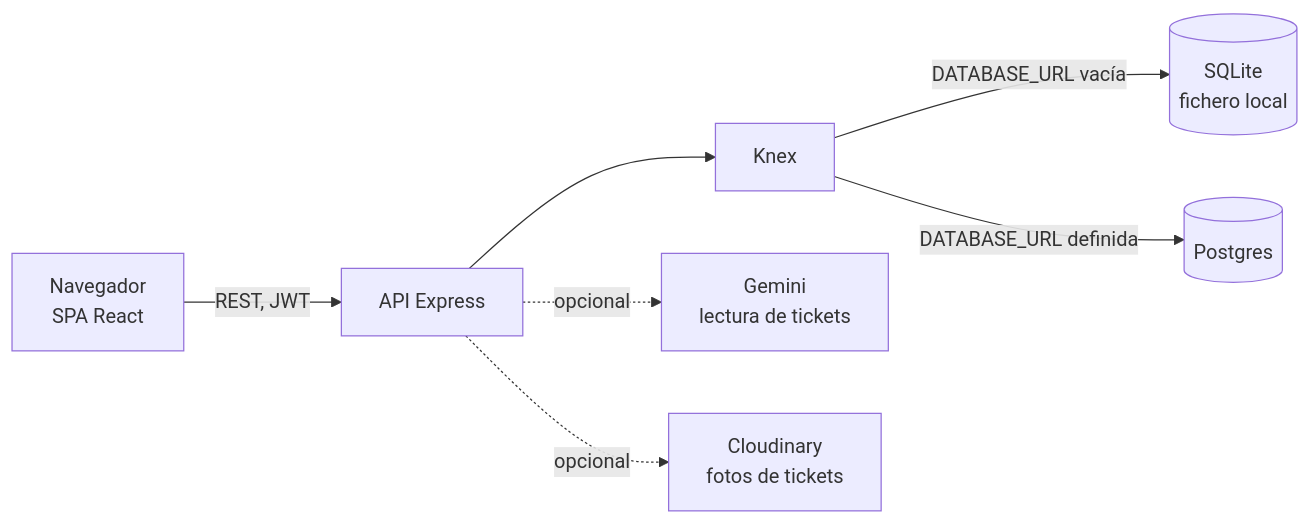
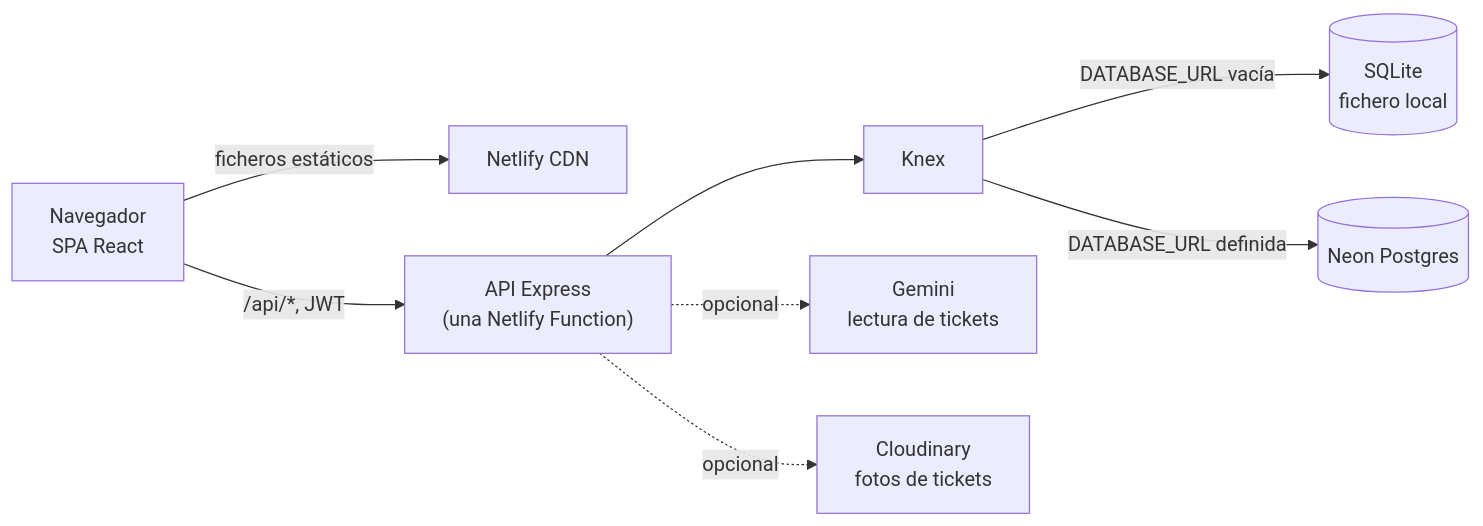
The diagram in README.es.md (jmartintechit-blip/Repartix), drawn with Mermaid before and after one commit. The commit also changed other lines of this file and 3 other files, not shown here.

First line of the commit message:
Document the Netlify and Neon demo in the READMEs, security policy and changelog

````diff
--- a/README.es.md
+++ b/README.es.md
@@ -62,9 +62,10 @@
 ```mermaid
 flowchart LR
-  B["Navegador<br/>SPA React"] -->|"REST, JWT"| A["API Express"]
+  B["Navegador<br/>SPA React"] -->|"ficheros estáticos"| N["Netlify CDN"]
+  B -->|"/api/*, JWT"| A["API Express<br/>(una Netlify Function)"]
   A --> K["Knex"]
   K -->|"DATABASE_URL vacía"| S[("SQLite<br/>fichero local")]
-  K -->|"DATABASE_URL definida"| P[("Postgres")]
+  K -->|"DATABASE_URL definida"| P[("Neon Postgres")]
   A -.->|"opcional"| G["Gemini<br/>lectura de tickets"]
   A -.->|"opcional"| C["Cloudinary<br/>fotos de tickets"]
 ```
````
